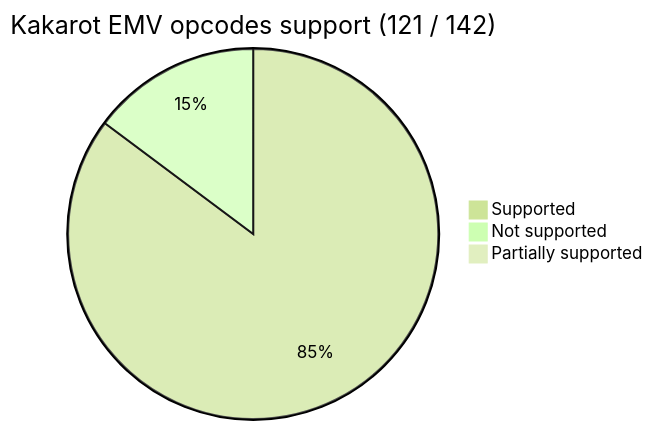
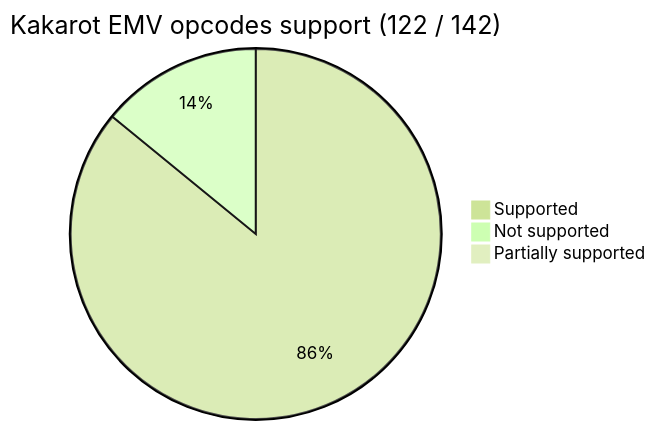
Before and after one commit to kkrt-labs/kakarot: the first of 2 diagrams in README.md, drawn with Mermaid.

Commit message:
📝 update supported opcodes

````diff
--- a/README.md
+++ b/README.md
@@ -38,9 +38,9 @@
 ```mermaid
 %%{init: {'theme': 'forest', 'themeVariables': { 'darkMode': 'false'}}}%%
 
-pie title Kakarot EMV opcodes support (121 / 142)
-    "Supported" : 121
-    "Not supported" : 21
+pie title Kakarot EMV opcodes support (122 / 142)
+    "Supported" : 122
+    "Not supported" : 20
 
     "Partially supported" : 0
 ```
````
